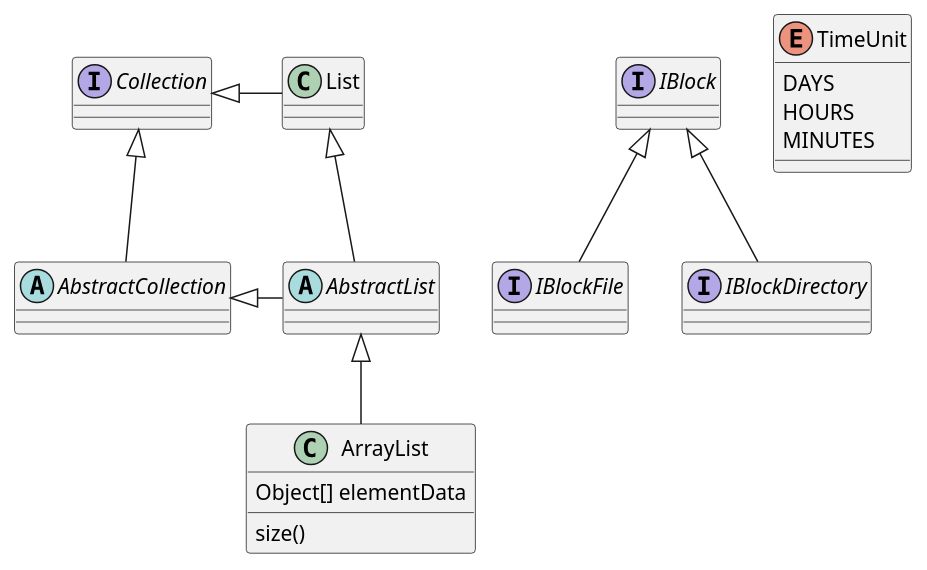
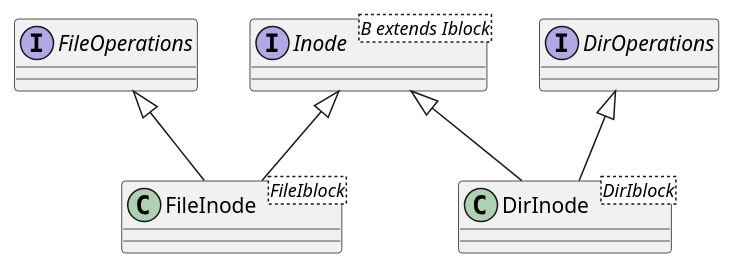
One commit to ShishkinDmitriy/atlant-fs changed the diagram in src/docs/Inode.puml. Above: the diagram before and after it, drawn with PlantUML. The commit also changed 28 other files, not shown here.

Commit message:
Split Inode into FileInode and DirInode

```diff
--- a/src/docs/Inode.puml
+++ b/src/docs/Inode.puml
@@ -1,33 +1,15 @@
 @startuml
 'https://plantuml.com/class-diagram
 
-abstract class AbstractList
-abstract AbstractCollection
-interface IBlock
-interface IBlockFile
-interface IBlockDirectory
+interface Inode<B extends Iblock>
+interface FileOperations
+interface DirOperations
+class FileInode<FileIblock>
+class DirInode<DirIblock>
 
-IBlock <|-- IBlockFile
-IBlock <|-- IBlockDirectory
-
-interface Collection
-
-List <|-- AbstractList
-Collection <|-- AbstractCollection
-
-Collection <|- List
-AbstractCollection <|- AbstractList
-AbstractList <|-- ArrayList
-
-class ArrayList {
-Object[] elementData
-size()
-}
-
-enum TimeUnit {
-DAYS
-HOURS
-MINUTES
-}
+Inode <|-- FileInode
+FileOperations <|-- FileInode
+Inode <|-- DirInode
+DirOperations <|-- DirInode
 
 @enduml
```
